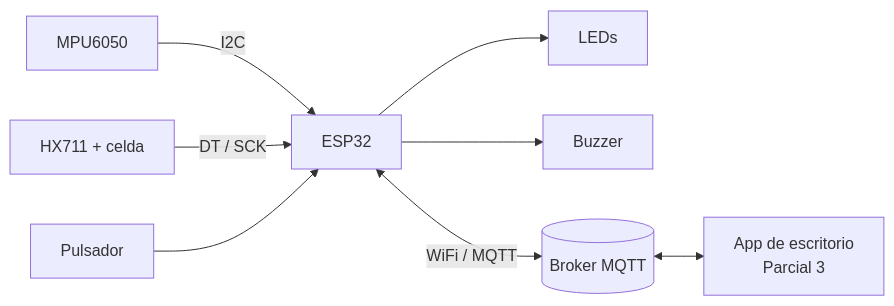
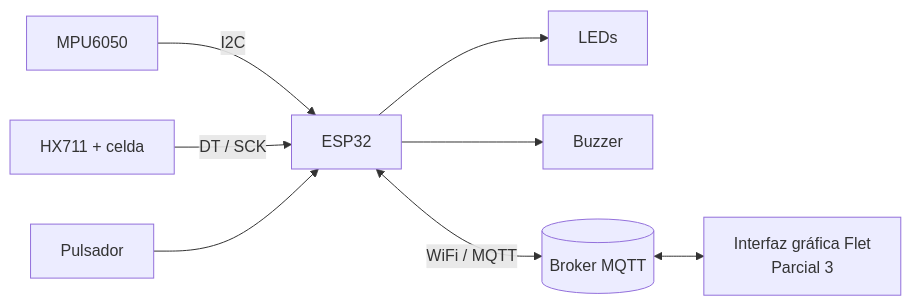
Before and after one commit to Soros6999/monitor-celo-leche-esp32: the second of 3 diagrams in README.md, drawn with Mermaid. The commit also changed other lines of this file and 8 other files, not shown here.

Commit message:
docs: agregar la sección de la interfaz gráfica al README con capturas

````diff
--- a/README.md
+++ b/README.md
@@ -48,10 +201,10 @@
 ```mermaid
 flowchart LR
     MPU[MPU6050] -->|I2C| ESP[ESP32]
     HX[HX711 + celda] -->|DT / SCK| ESP
     BTN[Pulsador] --> ESP
     ESP --> LED[LEDs]
     ESP --> BZ[Buzzer]
     ESP <-->|WiFi / MQTT| BR[(Broker MQTT)]
-    BR <--> APP[App de escritorio<br/>Parcial 3]
+    BR <--> APP[Interfaz gráfica Flet<br/>Parcial 3]
 ```
````
